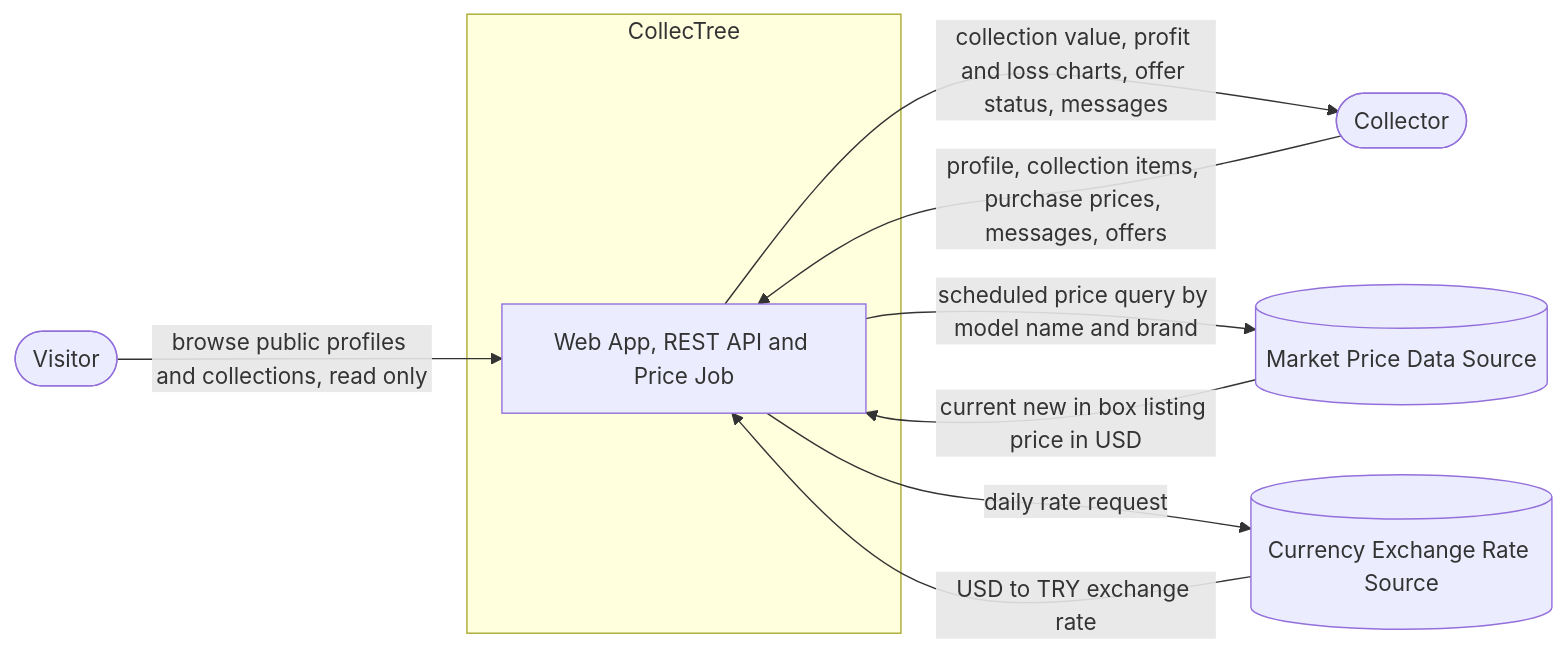
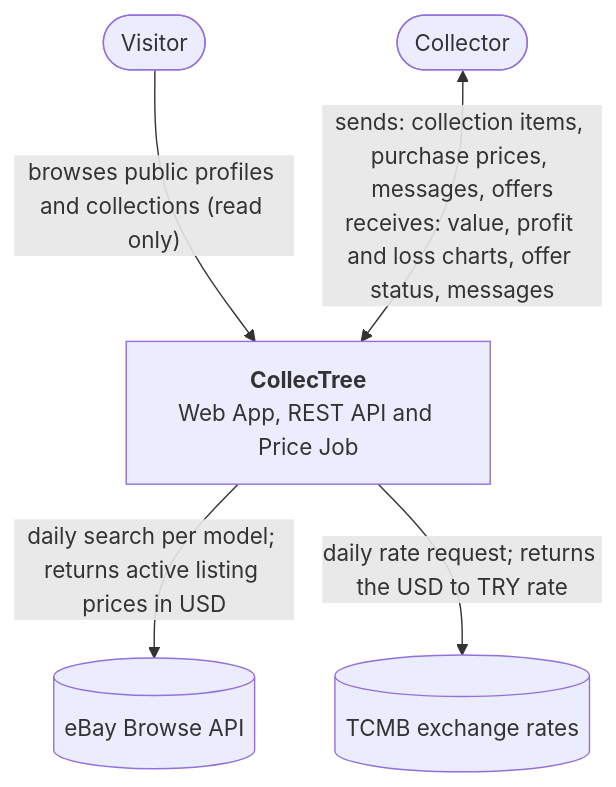
Before and after one commit to SENG321-TEAM-1/CollecTree: the diagram in docs/architecture/system-boundary.md, drawn with Mermaid. The commit also changed other lines of this file and 1 other file, not shown here.

Commit message:
Add ADR-003 and align the system boundary with it (#102)
Record the eBay Browse API, the TCMB rate, and hand-collected seed prices as the proposed price sources, with the rejected alternatives and the validation criteria for the spike.

Name eBay and TCMB in the context diagram, and replace the R-2 response that stored matched listings, which conflicted with the domain model.

Refs #101

````diff
--- a/docs/architecture/system-boundary.md
+++ b/docs/architecture/system-boundary.md
@@ -18,20 +20,15 @@
 ```mermaid
-flowchart LR
+flowchart TB
     visitor([Visitor])
     collector([Collector])
 
-    subgraph ct [CollecTree]
-        app[Web App, REST API and Price Job]
-    end
+    app["<b>CollecTree</b><br/>Web App, REST API and Price Job"]
 
-    pricesrc[(Market Price Data Source)]
-    fxsrc[(Currency Exchange Rate Source)]
+    pricesrc[(eBay Browse API)]
+    fxsrc[(TCMB exchange rates)]
 
-    visitor -->|browse public profiles and collections, read only| app
-    collector -->|profile, collection items, purchase prices, messages, offers| app
-    app -->|collection value, profit and loss charts, offer status, messages| collector
-    app -->|scheduled price query by model name and brand| pricesrc
-    pricesrc -->|current new in box listing price in USD| app
-    app -->|daily rate request| fxsrc
-    fxsrc -->|USD to TRY exchange rate| app
+    visitor -->|"browses public profiles and collections (read only)"| app
+    collector <-->|"sends: collection items, purchase prices, messages, offers<br/>receives: value, profit and loss charts, offer status, messages"| app
+    app -->|"daily search per model; returns active listing prices in USD"| pricesrc
+    app -->|"daily rate request; returns the USD to TRY rate"| fxsrc
 ```
````
